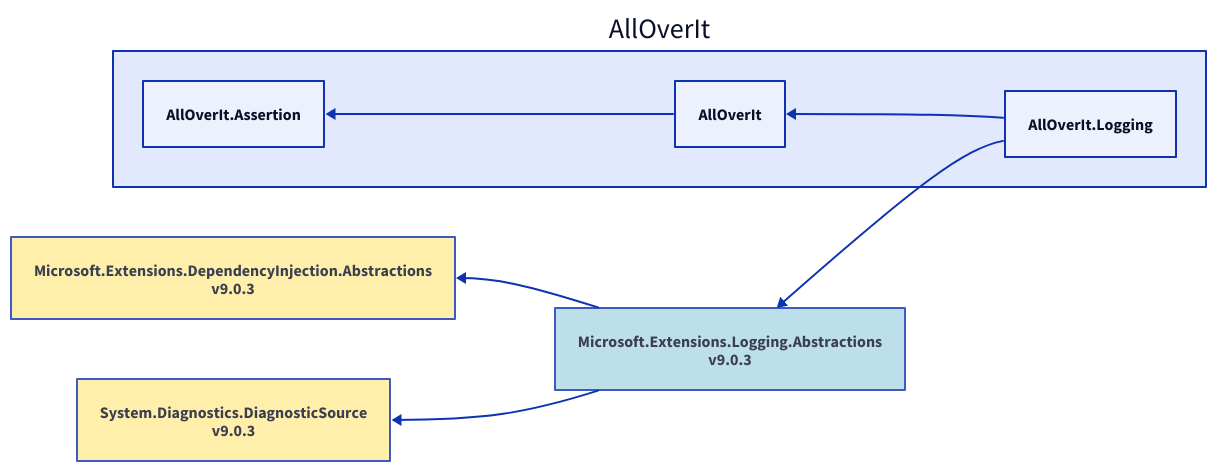
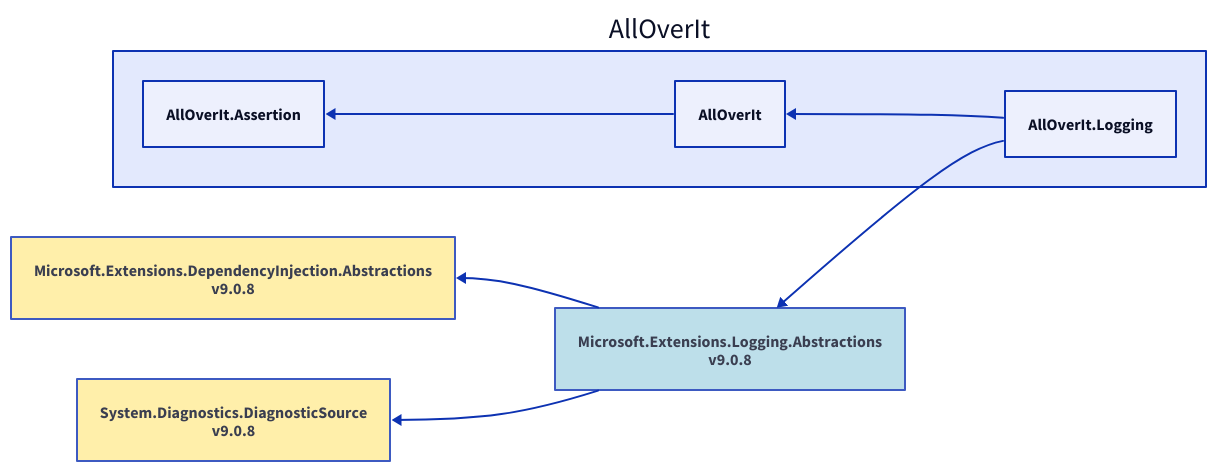
One commit to mjfreelancing/AllOverIt changed the diagram in Docs/Reference/Content/images/dependencies/net9.0/alloverit-logging.d2. Above: the diagram before and after it, drawn with D2. The commit also changed 106 other files, not shown here.

Commit message:
v8.2.1 - Update packages and diagrams (#145)

```diff
--- a/Docs/Reference/Content/images/dependencies/net9.0/alloverit-logging.d2
+++ b/Docs/Reference/Content/images/dependencies/net9.0/alloverit-logging.d2
@@ -1,20 +1,20 @@
 direction: left
 
 aoi: AllOverIt
 aoi.alloverit-logging: AllOverIt.Logging
-microsoft-extensions-logging-abstractions_9-0-3: Microsoft.Extensions.Logging.Abstractions\nv9.0.3
-microsoft-extensions-logging-abstractions_9-0-3.style.fill: "#ADD8E6"
-microsoft-extensions-logging-abstractions_9-0-3.style.opacity: 0.8
-microsoft-extensions-dependencyinjection-abstractions_9-0-3: Microsoft.Extensions.DependencyInjection.Abstractions\nv9.0.3
-microsoft-extensions-dependencyinjection-abstractions_9-0-3.style.fill: "#FFEC96"
-microsoft-extensions-dependencyinjection-abstractions_9-0-3.style.opacity: 0.8
-microsoft-extensions-dependencyinjection-abstractions_9-0-3 <- microsoft-extensions-logging-abstractions_9-0-3
-system-diagnostics-diagnosticsource_9-0-3: System.Diagnostics.DiagnosticSource\nv9.0.3
-system-diagnostics-diagnosticsource_9-0-3.style.fill: "#FFEC96"
-system-diagnostics-diagnosticsource_9-0-3.style.opacity: 0.8
-system-diagnostics-diagnosticsource_9-0-3 <- microsoft-extensions-logging-abstractions_9-0-3
-microsoft-extensions-logging-abstractions_9-0-3 <- aoi.alloverit-logging
+microsoft-extensions-logging-abstractions_9-0-8: Microsoft.Extensions.Logging.Abstractions\nv9.0.8
+microsoft-extensions-logging-abstractions_9-0-8.style.fill: "#ADD8E6"
+microsoft-extensions-logging-abstractions_9-0-8.style.opacity: 0.8
+microsoft-extensions-dependencyinjection-abstractions_9-0-8: Microsoft.Extensions.DependencyInjection.Abstractions\nv9.0.8
+microsoft-extensions-dependencyinjection-abstractions_9-0-8.style.fill: "#FFEC96"
+microsoft-extensions-dependencyinjection-abstractions_9-0-8.style.opacity: 0.8
+microsoft-extensions-dependencyinjection-abstractions_9-0-8 <- microsoft-extensions-logging-abstractions_9-0-8
+system-diagnostics-diagnosticsource_9-0-8: System.Diagnostics.DiagnosticSource\nv9.0.8
+system-diagnostics-diagnosticsource_9-0-8.style.fill: "#FFEC96"
+system-diagnostics-diagnosticsource_9-0-8.style.opacity: 0.8
+system-diagnostics-diagnosticsource_9-0-8 <- microsoft-extensions-logging-abstractions_9-0-8
+microsoft-extensions-logging-abstractions_9-0-8 <- aoi.alloverit-logging
 aoi.alloverit: AllOverIt
 aoi.alloverit-assertion: AllOverIt.Assertion
 aoi.alloverit-assertion <- aoi.alloverit
 aoi.alloverit <- aoi.alloverit-logging
```
